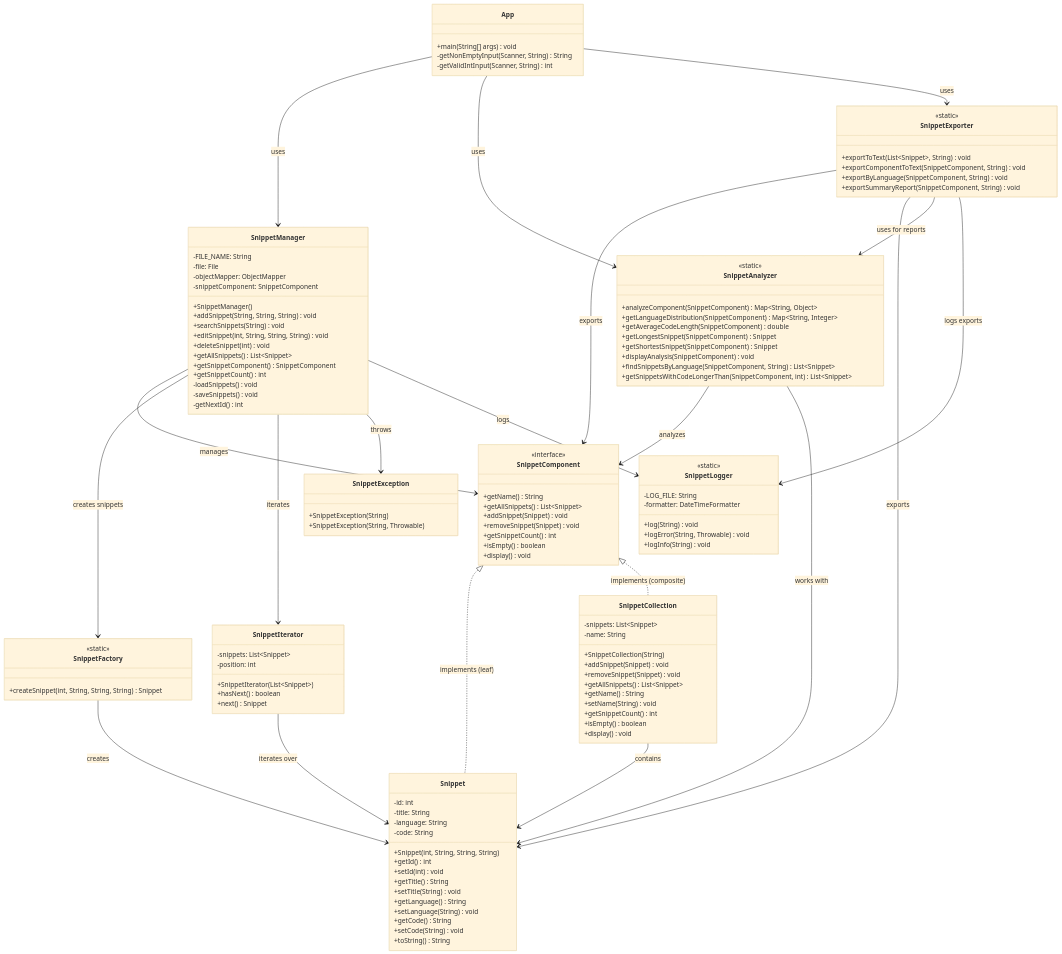
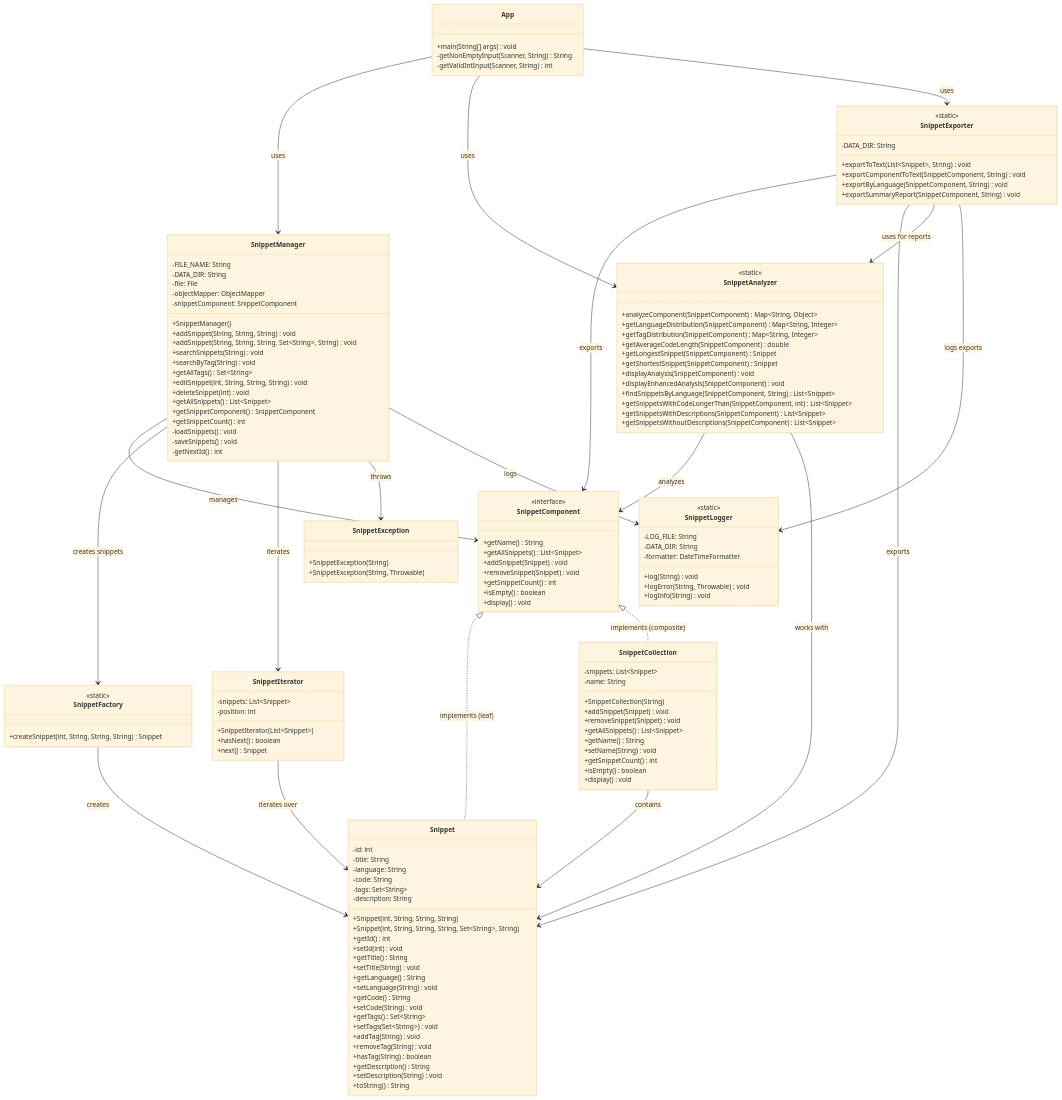
One commit to Dandastino/SnippetOrganizer changed the diagram in README.md. Above: the diagram before and after it, drawn with Mermaid (base theme). The commit also changed other lines of this file and 21 other files, not shown here.

```diff
--- a/README.md
+++ b/README.md
@@ -90,12 +122,16 @@
     %% Core Business Logic
     class SnippetManager {
         -FILE_NAME: String
+        -DATA_DIR: String
         -file: File
         -objectMapper: ObjectMapper
         -snippetComponent: SnippetComponent
         +SnippetManager()
         +addSnippet(String, String, String) void
+        +addSnippet(String, String, String, Set~String~, String) void
         +searchSnippets(String) void
+        +searchByTag(String) void
+        +getAllTags() Set~String~
         +editSnippet(int, String, String, String) void
         +deleteSnippet(int) void
         +getAllSnippets() List~Snippet~
@@ -124,7 +160,10 @@
         -title: String
         -language: String
         -code: String
+        -tags: Set~String~
+        -description: String
         +Snippet(int, String, String, String)
+        +Snippet(int, String, String, String, Set~String~, String)
         +getId() int
         +setId(int) void
         +getTitle() String
@@ -133,6 +172,13 @@
         +setLanguage(String) void
         +getCode() String
         +setCode(String) void
+        +getTags() Set~String~
+        +setTags(Set~String~) void
+        +addTag(String) void
+        +removeTag(String) void
+        +hasTag(String) boolean
+        +getDescription() String
+        +setDescription(String) void
         +toString() String
     }
 
@@ -175,6 +221,7 @@
     class SnippetLogger {
         <<static>>
         -LOG_FILE: String
+        -DATA_DIR: String
         -formatter: DateTimeFormatter
         +log(String) void
         +logError(String, Throwable) void
@@ -186,17 +233,22 @@
         <<static>>
         +analyzeComponent(SnippetComponent) Map~String, Object~
         +getLanguageDistribution(SnippetComponent) Map~String, Integer~
+        +getTagDistribution(SnippetComponent) Map~String, Integer~
         +getAverageCodeLength(SnippetComponent) double
         +getLongestSnippet(SnippetComponent) Snippet
         +getShortestSnippet(SnippetComponent) Snippet
         +displayAnalysis(SnippetComponent) void
+        +displayEnhancedAnalysis(SnippetComponent) void
         +findSnippetsByLanguage(SnippetComponent, String) List~Snippet~
         +getSnippetsWithCodeLongerThan(SnippetComponent, int) List~Snippet~
+        +getSnippetsWithDescriptions(SnippetComponent) List~Snippet~
+        +getSnippetsWithoutDescriptions(SnippetComponent) List~Snippet~
     }
 
     %% Export Features
     class SnippetExporter {
         <<static>>
+        -DATA_DIR: String
         +exportToText(List~Snippet~, String) void
         +exportComponentToText(SnippetComponent, String) void
         +exportByLanguage(SnippetComponent, String) void
```
